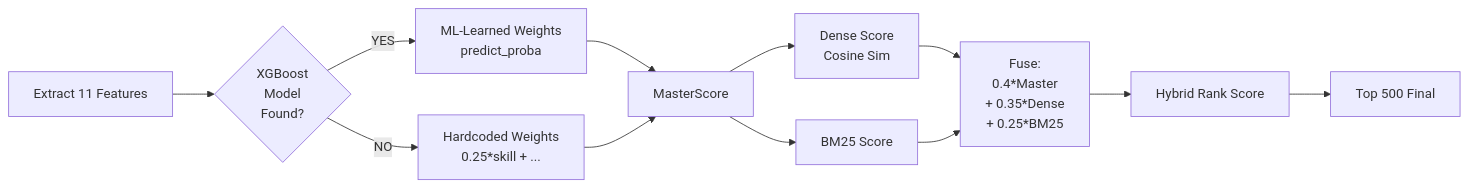
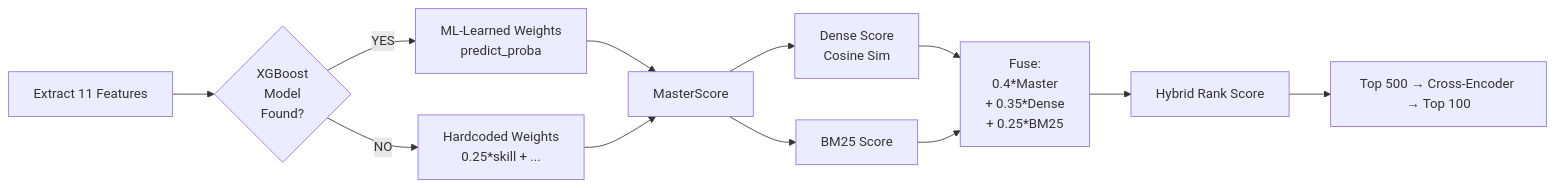
One commit to AbhayBhise/REDROB-AI- changed the diagram in README.md. Above: the diagram before and after it, drawn with Mermaid. The commit also changed other lines of this file and 1 other file, not shown here.

````diff
--- a/README.md
+++ b/README.md
@@ -135,18 +120,18 @@
 ```mermaid
 graph LR
     A["Extract 11 Features"] --> B{"XGBoost<br/>Model<br/>Found?"}
     B -->|YES| C["ML-Learned Weights<br/>predict_proba"]
     B -->|NO| D["Hardcoded Weights<br/>0.25*skill + ..."]
     
     C --> E["MasterScore"]
     D --> E
     
     E --> F["Dense Score<br/>Cosine Sim"]
     E --> G["BM25 Score"]
     
     F --> H["Fuse:<br/>0.4*Master<br/>+ 0.35*Dense<br/>+ 0.25*BM25"]
     G --> H
     
     H --> I["Hybrid Rank Score"]
-    I --> J["Top 500 Final"]
+    I --> J["Top 500 → Cross-Encoder → Top 100"]
 ```
````
